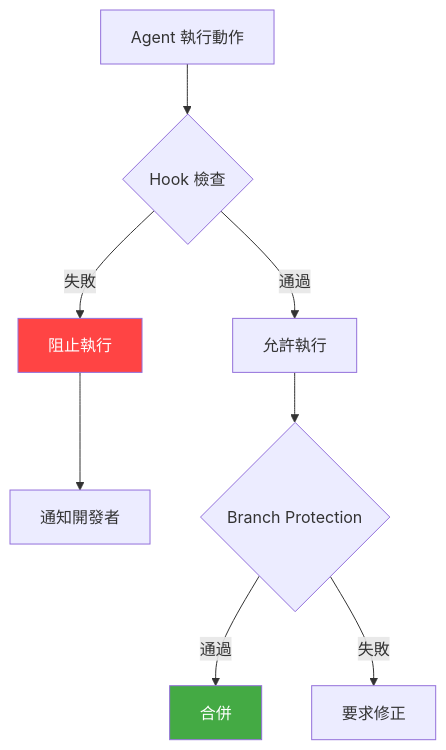
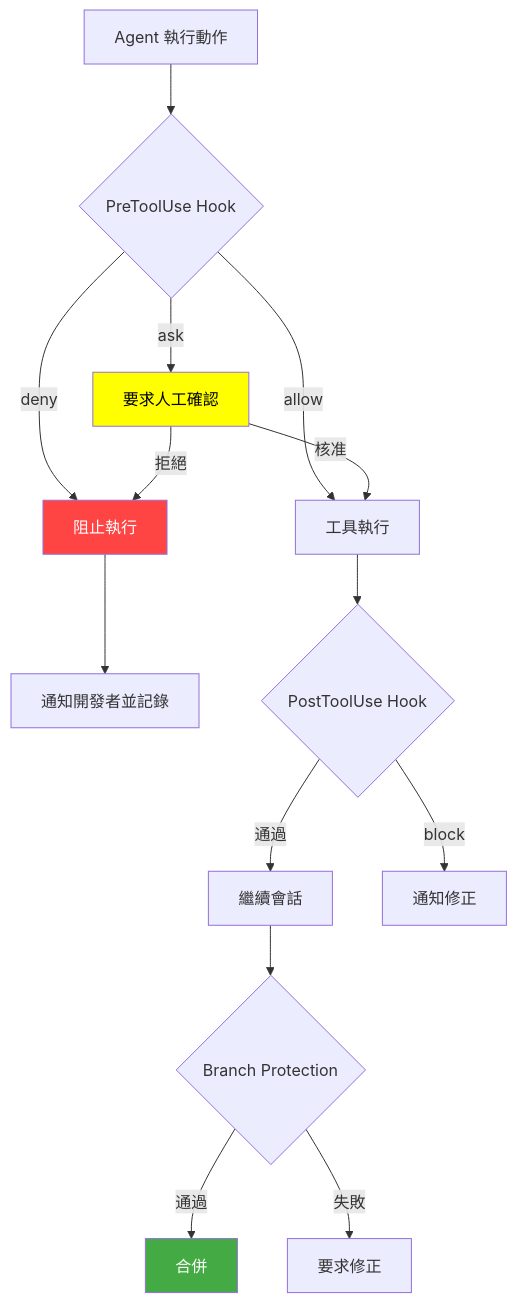
One commit to chihhung/Blog changed the fifth of 15 diagrams in content/posts/教學/AI開發/GitHub Copilot 建立 SSDLC Agent Team 教學手冊.md. Above: the diagram before and after it, drawn with Mermaid. The commit also changed other lines of this file and 2 other files, not shown here.

````diff
--- a/content/posts/教學/AI開發/GitHub Copilot 建立 SSDLC Agent Team 教學手冊.md
+++ b/content/posts/教學/AI開發/GitHub Copilot 建立 SSDLC Agent Team 教學手冊.md
@@ -3856,13 +4162,20 @@
 ```mermaid
 graph TD
-    A[Agent 執行動作] --> B{Hook 檢查}
-    B -->|通過| C[允許執行]
-    B -->|失敗| D[阻止執行]
-    D --> E[通知開發者]
-    C --> F{Branch Protection}
-    F -->|通過| G[合併]
-    F -->|失敗| H[要求修正]
+    A[Agent 執行動作] --> B{PreToolUse Hook}
+    B -->|allow| C[工具執行]
+    B -->|deny| D[阻止執行]
+    B -->|ask| E[要求人工確認]
+    D --> F[通知開發者並記錄]
+    E -->|核准| C
+    E -->|拒絕| D
+    C --> G{PostToolUse Hook}
+    G -->|通過| H[繼續會話]
+    G -->|block| I[通知修正]
+    H --> J{Branch Protection}
+    J -->|通過| K[合併]
+    J -->|失敗| L[要求修正]
     
     style D fill:#f44,color:#fff
-    style G fill:#4a4,color:#fff
+    style K fill:#4a4,color:#fff
+    style E fill:#ff0,color:#000
 ```
````
